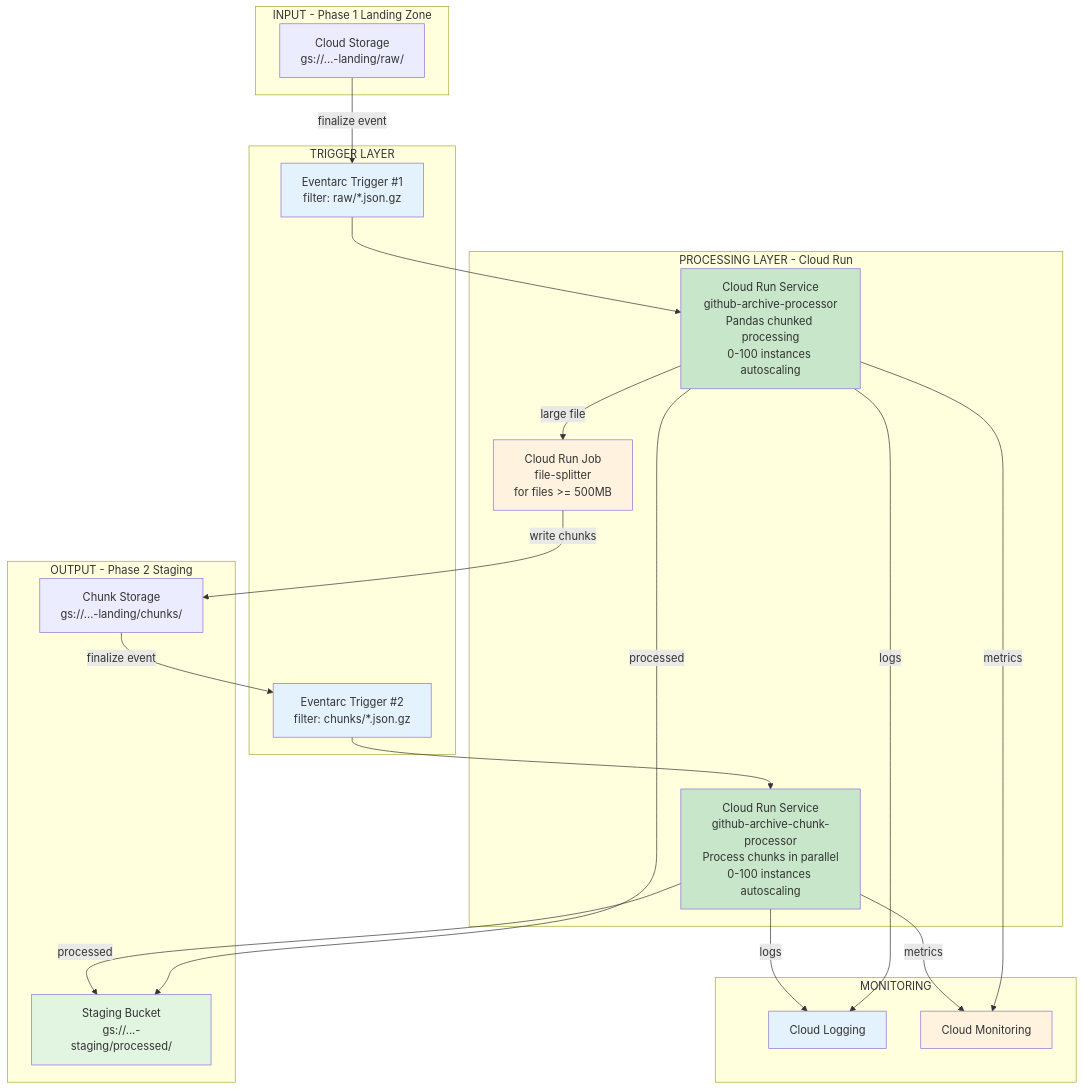
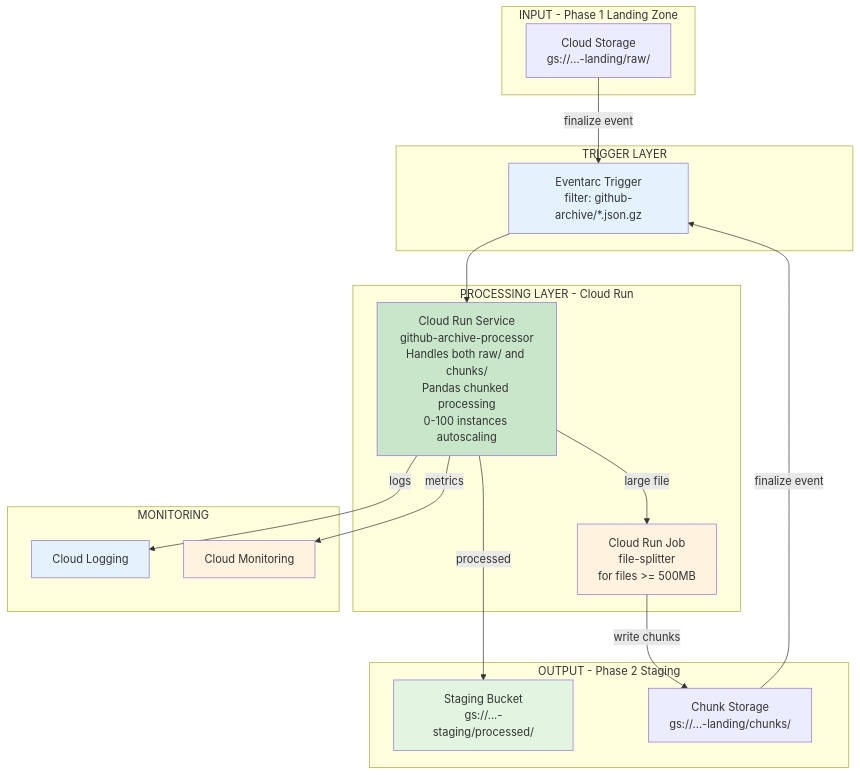
One commit to prateekpanjla-outlook/gcp_data_proc changed the diagram in design/github_archive/phase2_process_files/diagrams/06_component_view.md. Above: the diagram before and after it, drawn with Mermaid. The commit also changed other lines of this file and 52 other files, not shown here.

First line of the commit message:
feat: Phase 2 processor manual deployment and service account documentation

````diff
--- a/design/github_archive/phase2_process_files/diagrams/06_component_view.md
+++ b/design/github_archive/phase2_process_files/diagrams/06_component_view.md
@@ -3,52 +3,44 @@
 ```mermaid
 graph TB
     subgraph Input["INPUT - Phase 1 Landing Zone"]
         CS[Cloud Storage<br>gs://...-landing/raw/]
     end
 
     subgraph Trigger["TRIGGER LAYER"]
-        EVT1[Eventarc Trigger #1<br>filter: raw/*.json.gz]
-        EVT2[Eventarc Trigger #2<br>filter: chunks/*.json.gz]
+        EVT1[Eventarc Trigger<br>filter: github-archive/*.json.gz]
     end
 
     subgraph Compute["PROCESSING LAYER - Cloud Run"]
-        CRS[Cloud Run Service<br>github-archive-processor<br>Pandas chunked processing<br>0-100 instances autoscaling]
-        CRC[Cloud Run Service<br>github-archive-chunk-processor<br>Process chunks in parallel<br>0-100 instances autoscaling]
+        CRS[Cloud Run Service<br>github-archive-processor<br>Handles both raw/ and chunks/<br>Pandas chunked processing<br>0-100 instances autoscaling]
         CRJ[Cloud Run Job<br>file-splitter<br>for files >= 500MB]
     end
 
     subgraph Storage["OUTPUT - Phase 2 Staging"]
         STG[Staging Bucket<br>gs://...-staging/processed/]
         CHK[Chunk Storage<br>gs://...-landing/chunks/]
     end
 
     subgraph Monitoring["MONITORING"]
         LOG[Cloud Logging]
         MON[Cloud Monitoring]
     end
 
     CS -->|finalize event| EVT1
     EVT1 --> CRS
 
     CRS -->|large file| CRJ
     CRJ -->|write chunks| CHK
-    CHK -->|finalize event| EVT2
-    EVT2 --> CRC
+    CHK -->|finalize event| EVT1
 
     CRS -->|processed| STG
-    CRC -->|processed| STG
 
     CRS -->|logs| LOG
-    CRC -->|logs| LOG
     CRS -->|metrics| MON
-    CRC -->|metrics| MON
 
     style EVT1 fill:#e3f2fd
-    style EVT2 fill:#e3f2fd
     style CRS fill:#c8e6c9
-    style CRC fill:#c8e6c9
     style CRJ fill:#fff3e0
     style STG fill:#e1f5e1
     style LOG fill:#e3f2fd
     style MON fill:#fff3e0
 ```
````
